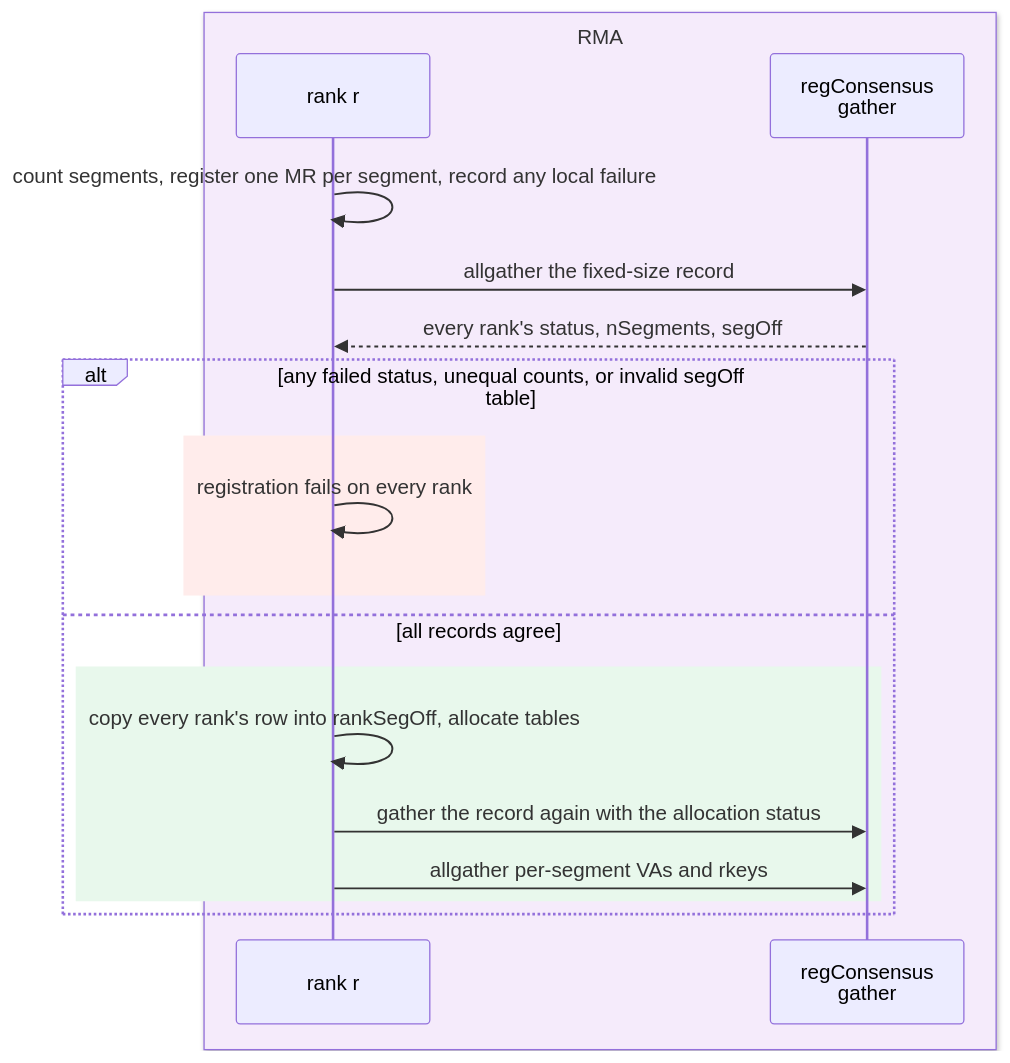
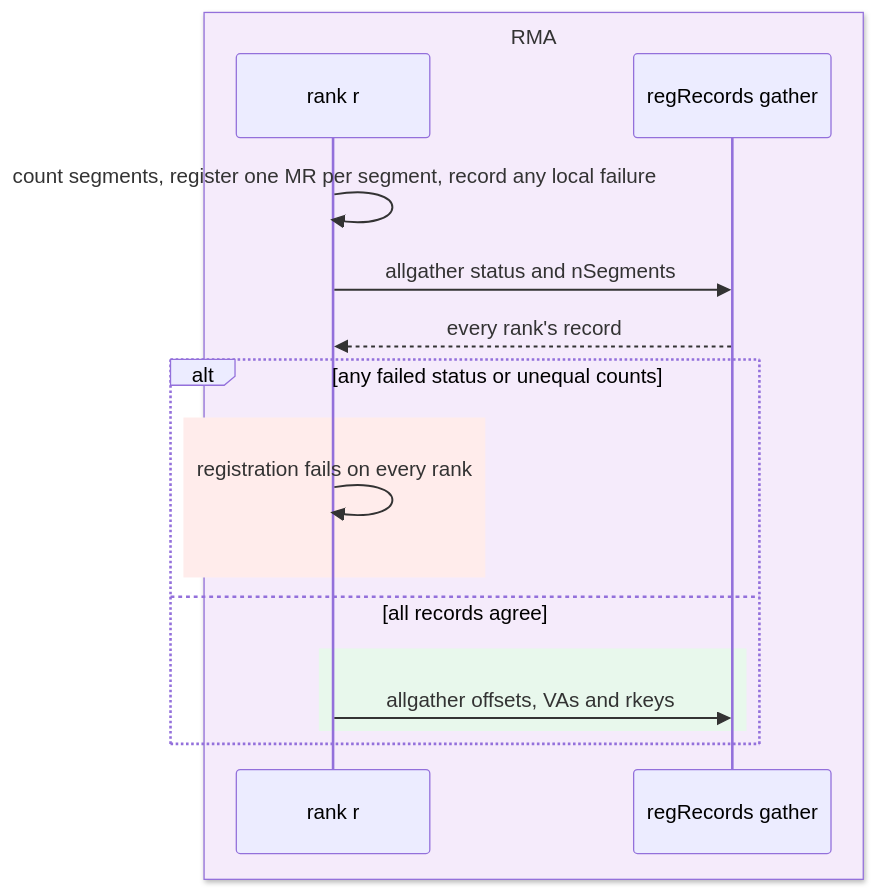
The third of 6 diagrams in projects/rccl/docs/design/multi_segment_gin_rma.md (ROCm/rocm-systems), drawn with Mermaid before and after one commit. The commit also changed other lines of this file and 16 other files, not shown here.

````diff
--- a/projects/rccl/docs/design/multi_segment_gin_rma.md
+++ b/projects/rccl/docs/design/multi_segment_gin_rma.md
@@ -110,22 +118,20 @@
 ```mermaid
-%% caption: Consensus: every rank gathers the fixed-size record, then succeeds or fails together
+%% caption: Consensus: every rank gathers the record, then succeeds or fails together
 sequenceDiagram
  box rgb(245,235,251) RMA
  participant R as rank r
- participant C as regConsensus<br/>gather
+ participant C as regRecords gather
  end
  R->>R: count segments, register one MR per segment, record any local failure
- R->>C: allgather the fixed-size record
- C-->>R: every rank's status, nSegments, segOff
- alt any failed status, unequal counts, or invalid segOff table
+ R->>C: allgather status and nSegments
+ C-->>R: every rank's record
+ alt any failed status or unequal counts
  rect rgb(255,236,235)
  R->>R: registration fails on every rank
  end
  else all records agree
  rect rgb(232,248,236)
- R->>R: copy every rank's row into rankSegOff, allocate tables
- R->>C: gather the record again with the allocation status
- R->>C: allgather per-segment VAs and rkeys
+ R->>C: allgather offsets, VAs and rkeys
  end
  end
 ```
````
